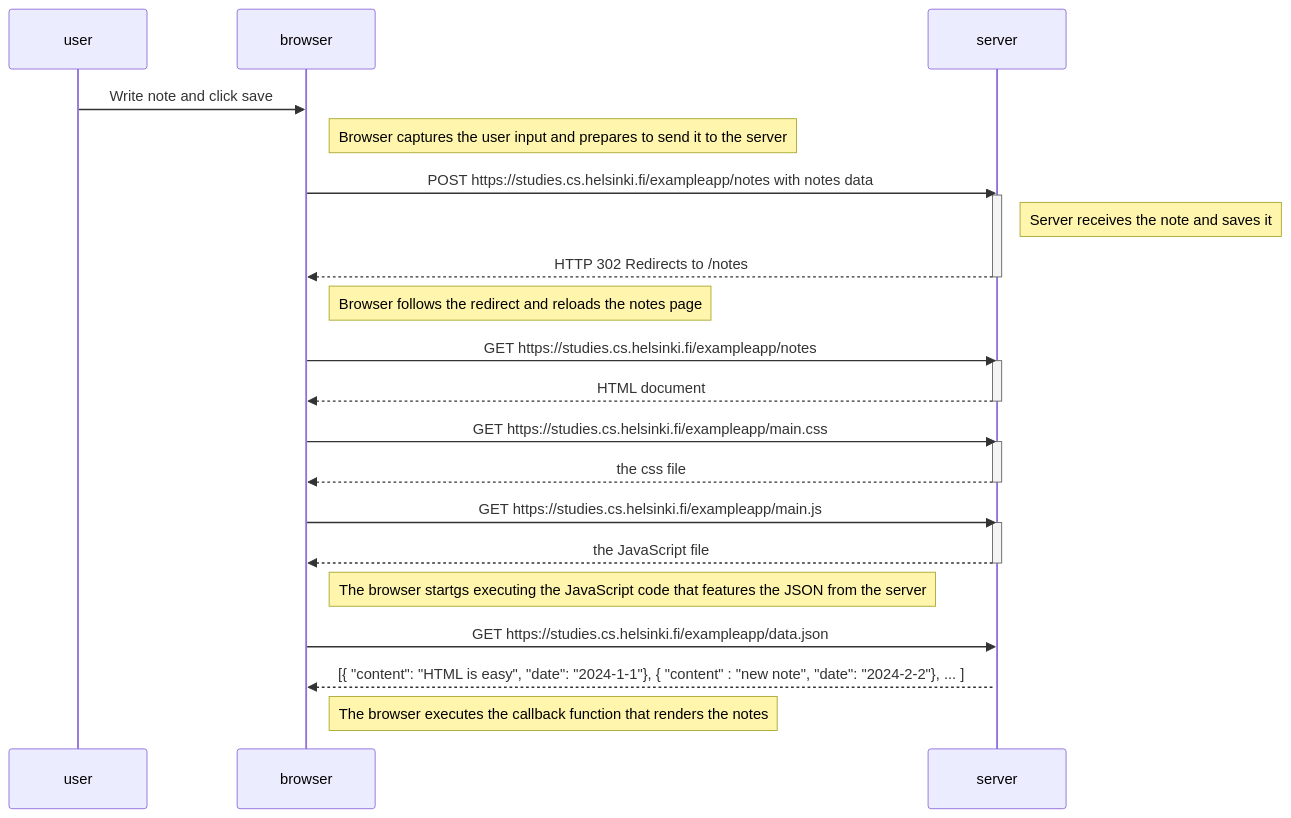
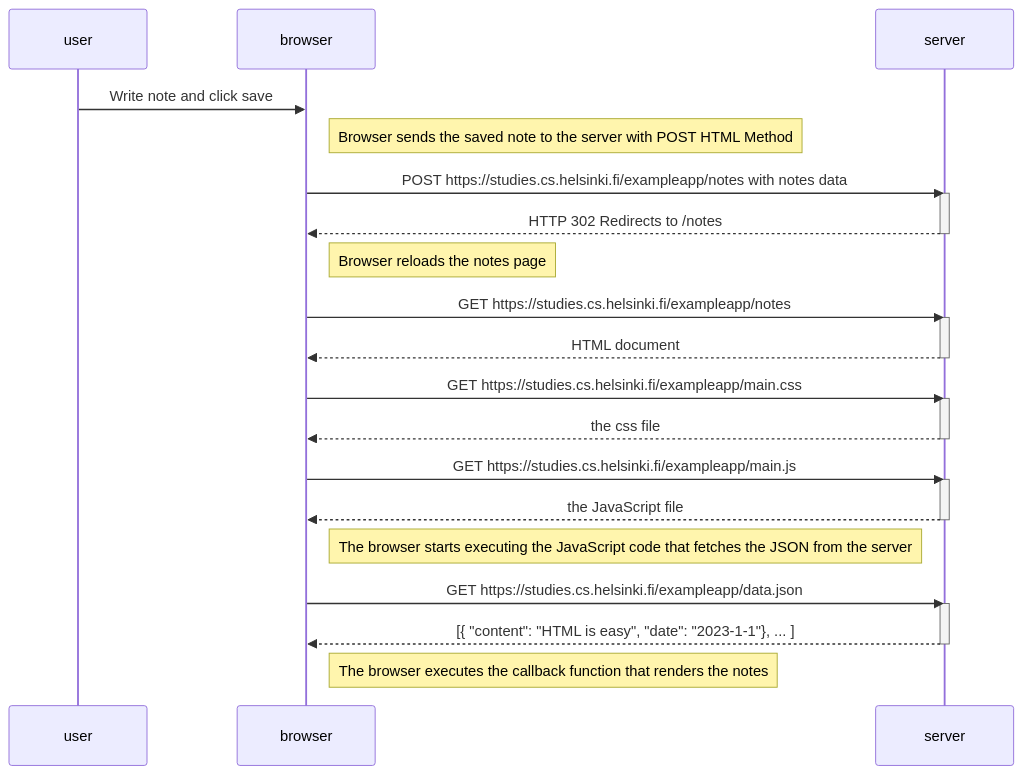
The diagram in part0/0.4.md (ST-KO/fullstackopen), drawn with Mermaid before and after one commit. The commit also changed 2 other files, not shown here.

Commit message:
assignment 0.6

````diff
--- a/part0/0.4.md
+++ b/part0/0.4.md
@@ -1,40 +1,41 @@
 ```mermaid
 sequenceDiagram
     participant user
     participant browser
     participant server
 
     user->>browser: Write note and click save
-    Note right of browser: Browser captures the user input and prepares to send it to the server
+
+    Note right of browser: Browser sends the saved note to the server with POST  HTML Method
 
     browser->>server: POST https://studies.cs.helsinki.fi/exampleapp/notes with notes data
     activate server
-    Note right of server: Server receives the note and saves it
     server-->>browser: HTTP 302 Redirects to /notes
     deactivate server
 
-    Note right of browser: Browser follows the redirect and reloads the notes page
+    Note right of browser: Browser reloads the notes page
 
     browser->>server: GET https://studies.cs.helsinki.fi/exampleapp/notes
     activate server
     server-->>browser: HTML document
     deactivate server
 
     browser->>server: GET https://studies.cs.helsinki.fi/exampleapp/main.css
     activate server
     server-->>browser: the css file
     deactivate server
 
     browser->>server: GET https://studies.cs.helsinki.fi/exampleapp/main.js
     activate server
     server-->>browser: the JavaScript file
     deactivate server
 
-    Note right of browser: The browser startgs executing the JavaScript code that features the JSON from the server
+    Note right of browser: The browser starts executing the JavaScript code that fetches the JSON from the server
 
     browser->>server: GET https://studies.cs.helsinki.fi/exampleapp/data.json
     activate server
-    server-->>browser: [{ "content": "HTML is easy", "date": "2024-1-1"}, { "content" : "new note", "date": "2024-2-2"}, ... ]
+    server-->>browser: [{ "content": "HTML is easy", "date": "2023-1-1"}, ... ]
+    deactivate server
 
     Note right of browser: The browser executes the callback function that renders the notes
 ```
````
